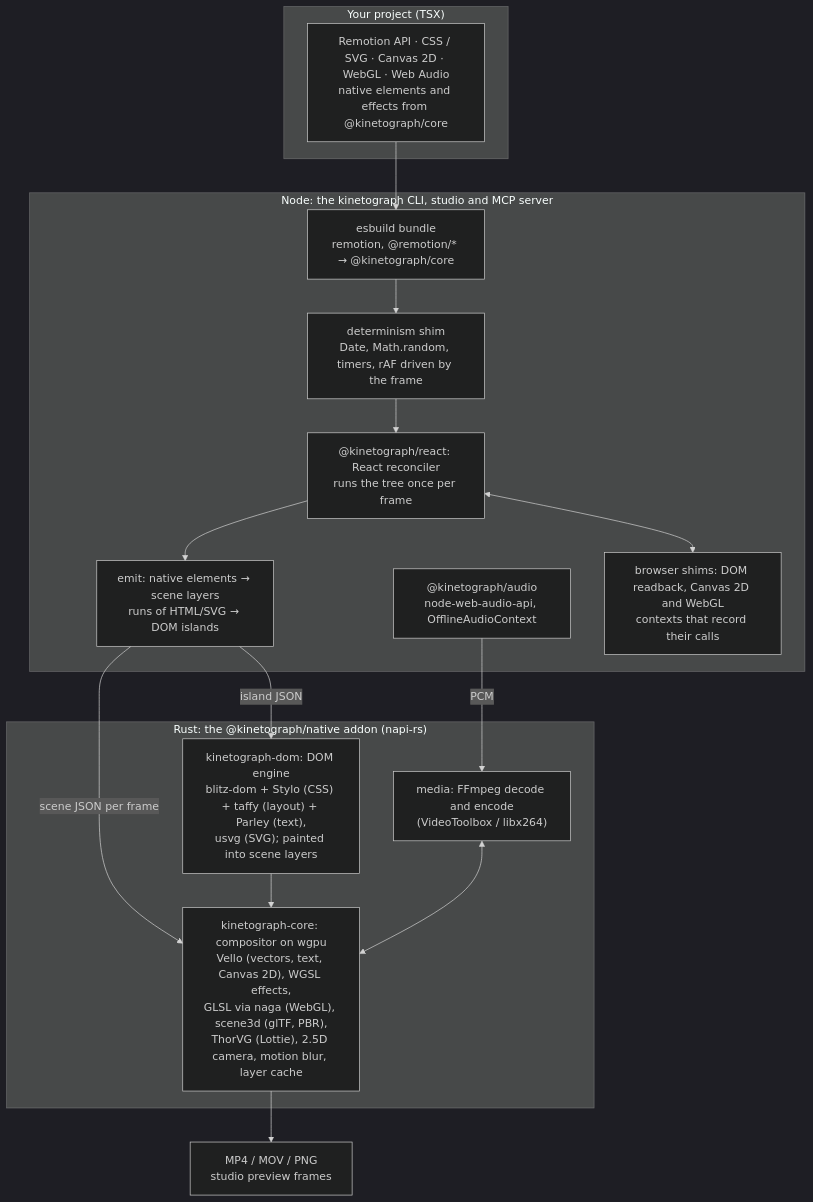
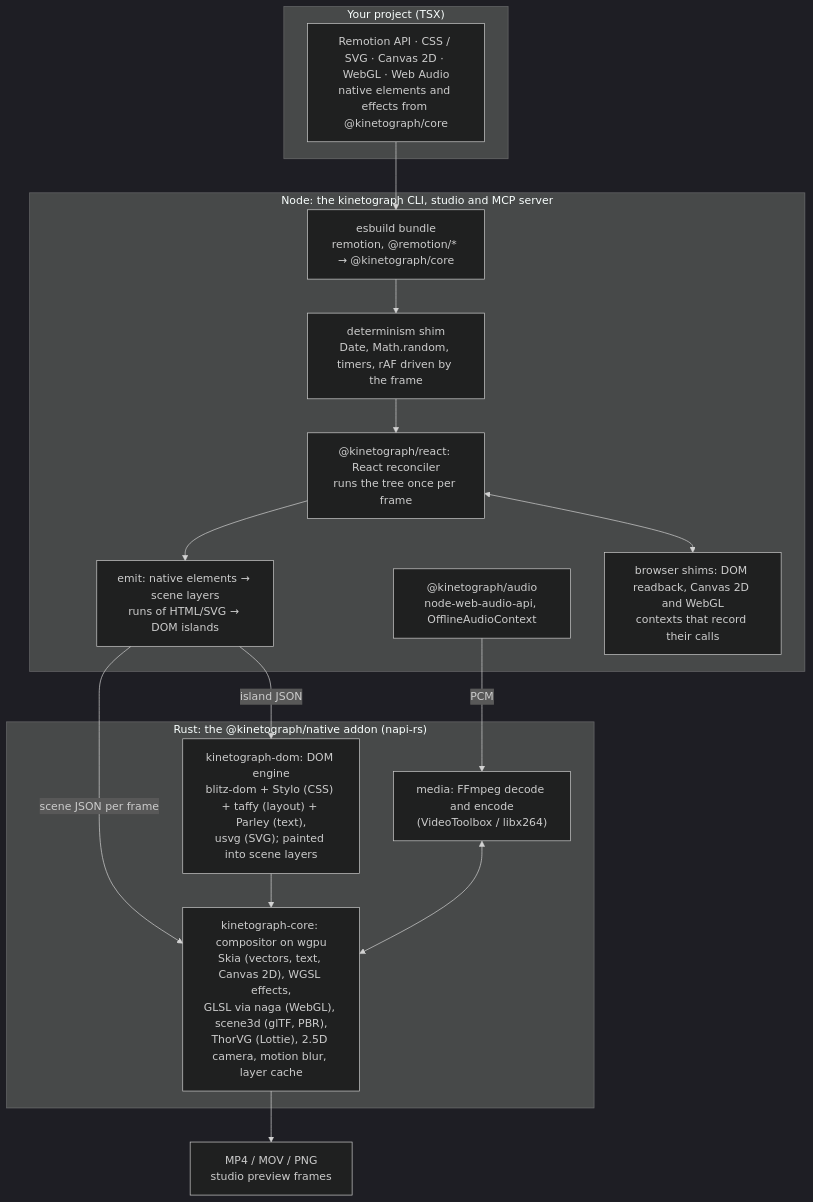
The diagram in README.md (0xS4N4TG/kinetograph), drawn with Mermaid (dark theme) before and after one commit. The commit also changed other lines of this file and 176 other files, not shown here.

First line of the commit message:
refactor: remove Vello; Skia is the only 2D backend

````diff
--- a/README.md
+++ b/README.md
@@ -19,31 +19,31 @@
 ```mermaid
 flowchart TB
   subgraph project["Your project (TSX)"]
     P["Remotion API · CSS / SVG · Canvas 2D · WebGL · Web Audio<br/>native elements and effects from @kinetograph/core"]
   end
 
   subgraph node["Node: the kinetograph CLI, studio and MCP server"]
     B["esbuild bundle<br/>remotion, @remotion/* → @kinetograph/core"]
     D["determinism shim<br/>Date, Math.random, timers, rAF driven by the frame"]
     R["@kinetograph/react: React reconciler<br/>runs the tree once per frame"]
     S["browser shims: DOM readback, Canvas 2D and WebGL<br/>contexts that record their calls"]
     A["@kinetograph/audio<br/>node-web-audio-api, OfflineAudioContext"]
     E["emit: native elements → scene layers<br/>runs of HTML/SVG → DOM islands"]
     B --> D --> R --> E
     R <--> S
   end
 
   subgraph rust["Rust: the @kinetograph/native addon (napi-rs)"]
     DOM["kinetograph-dom: DOM engine<br/>blitz-dom + Stylo (CSS) + taffy (layout) + Parley (text),<br/>usvg (SVG); painted into scene layers"]
-    C["kinetograph-core: compositor on wgpu<br/>Vello (vectors, text, Canvas 2D), WGSL effects,<br/>GLSL via naga (WebGL), scene3d (glTF, PBR),<br/>ThorVG (Lottie), 2.5D camera, motion blur, layer cache"]
+    C["kinetograph-core: compositor on wgpu<br/>Skia (vectors, text, Canvas 2D), WGSL effects,<br/>GLSL via naga (WebGL), scene3d (glTF, PBR),<br/>ThorVG (Lottie), 2.5D camera, motion blur, layer cache"]
     M["media: FFmpeg decode and encode<br/>(VideoToolbox / libx264)"]
     DOM --> C
     M <--> C
   end
 
   P --> B
   E -- "scene JSON per frame" --> C
   E -- "island JSON" --> DOM
   A -- "PCM" --> M
   C --> OUT["MP4 / MOV / PNG<br/>studio preview frames"]
 ```
````
